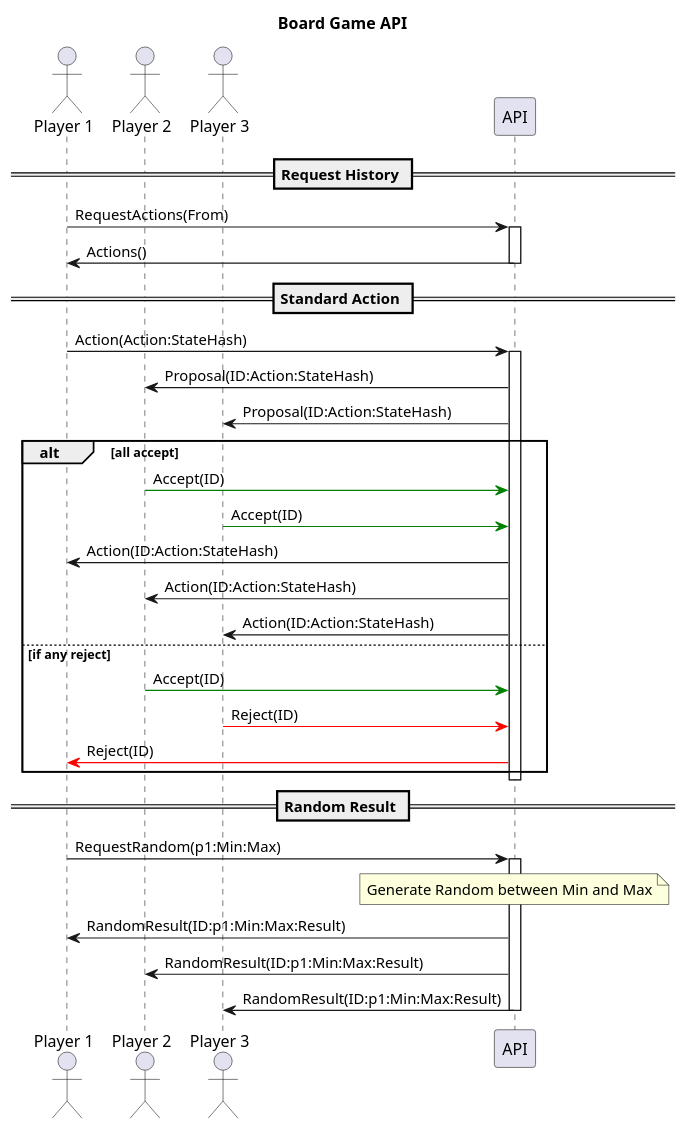
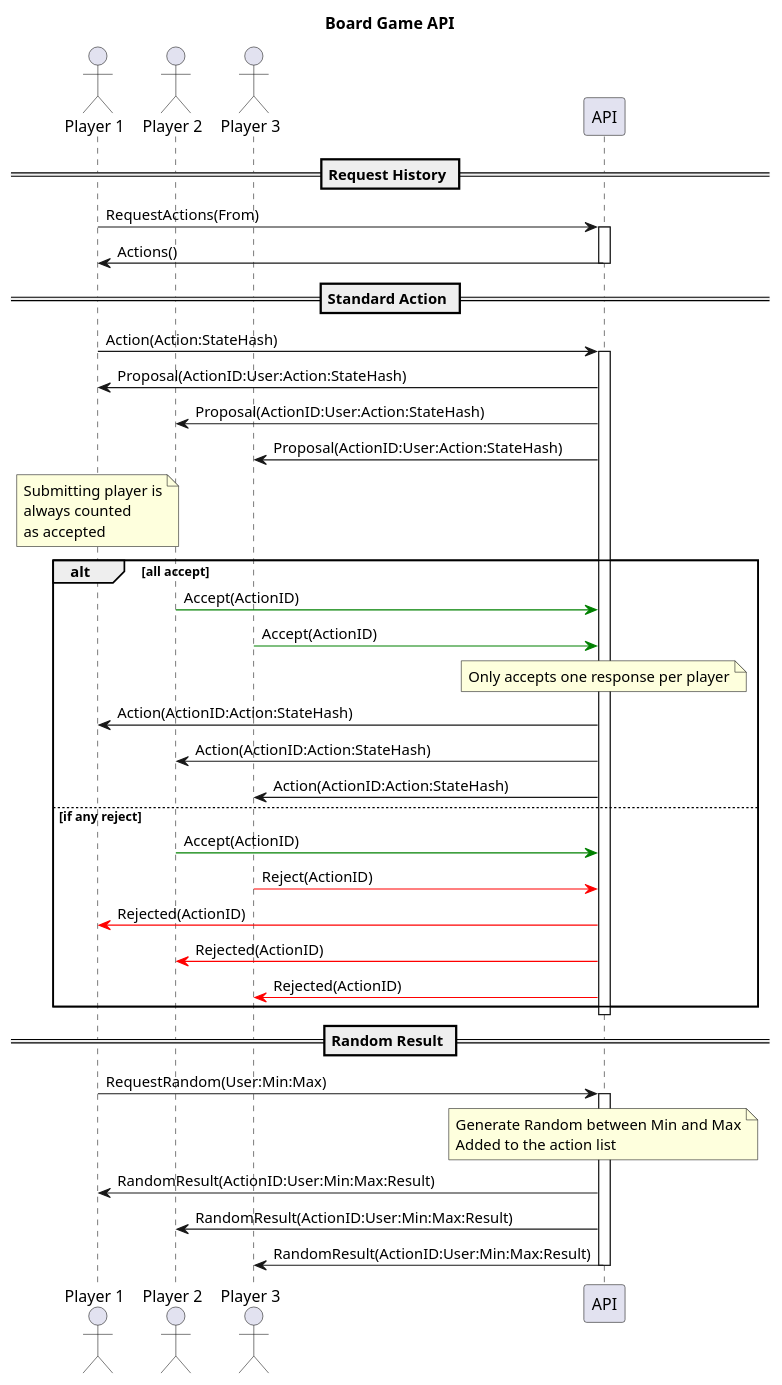
Before and after one commit to kelsin/boardgameapi: the diagram in seq.plantuml, drawn with PlantUML. The commit also changed 1 other file, not shown here.

```diff
--- a/seq.plantuml
+++ b/seq.plantuml
@@ -1,41 +1,46 @@
 @startuml
 title Board Game API
 actor "Player 1" as p1
 actor "Player 2" as p2
 actor "Player 3" as p3
 participant API
 
 == Request History ==
 p1 -> API:RequestActions(From)
 activate API
 API -> p1:Actions()
 deactivate API
 
 == Standard Action ==
 p1 -> API:Action(Action:StateHash)
 activate API
-API -> p2: Proposal(ID:Action:StateHash)
-API -> p3: Proposal(ID:Action:StateHash)
+API -> p1: Proposal(ActionID:User:Action:StateHash)
+API -> p2: Proposal(ActionID:User:Action:StateHash)
+API -> p3: Proposal(ActionID:User:Action:StateHash)
+note over p1: Submitting player is\nalways counted\nas accepted
 
 alt all accept
-p2 -[#green]> API: Accept(ID)
-p3 -[#green]> API: Accept(ID)
-API -> p1: Action(ID:Action:StateHash)
-API -> p2: Action(ID:Action:StateHash)
-API -> p3: Action(ID:Action:StateHash)
+p2 -[#green]> API: Accept(ActionID)
+p3 -[#green]> API: Accept(ActionID)
+note over API: Only accepts one response per player
+API -> p1: Action(ActionID:Action:StateHash)
+API -> p2: Action(ActionID:Action:StateHash)
+API -> p3: Action(ActionID:Action:StateHash)
 else if any reject
-p2 -[#green]> API: Accept(ID)
-p3 -[#red]> API: Reject(ID)
-API -[#red]> p1: Reject(ID)
+p2 -[#green]> API: Accept(ActionID)
+p3 -[#red]> API: Reject(ActionID)
+API -[#red]> p1: Rejected(ActionID)
+API -[#red]> p2: Rejected(ActionID)
+API -[#red]> p3: Rejected(ActionID)
 end alt
 deactivate API
 
 == Random Result ==
-p1 -> API: RequestRandom(p1:Min:Max)
+p1 -> API: RequestRandom(User:Min:Max)
 activate API
-note over API: Generate Random between Min and Max
-API -> p1: RandomResult(ID:p1:Min:Max:Result)
-API -> p2: RandomResult(ID:p1:Min:Max:Result)
-API -> p3: RandomResult(ID:p1:Min:Max:Result)
+note over API: Generate Random between Min and Max\nAdded to the action list
+API -> p1: RandomResult(ActionID:User:Min:Max:Result)
+API -> p2: RandomResult(ActionID:User:Min:Max:Result)
+API -> p3: RandomResult(ActionID:User:Min:Max:Result)
 deactivate API
 @enduml
```
